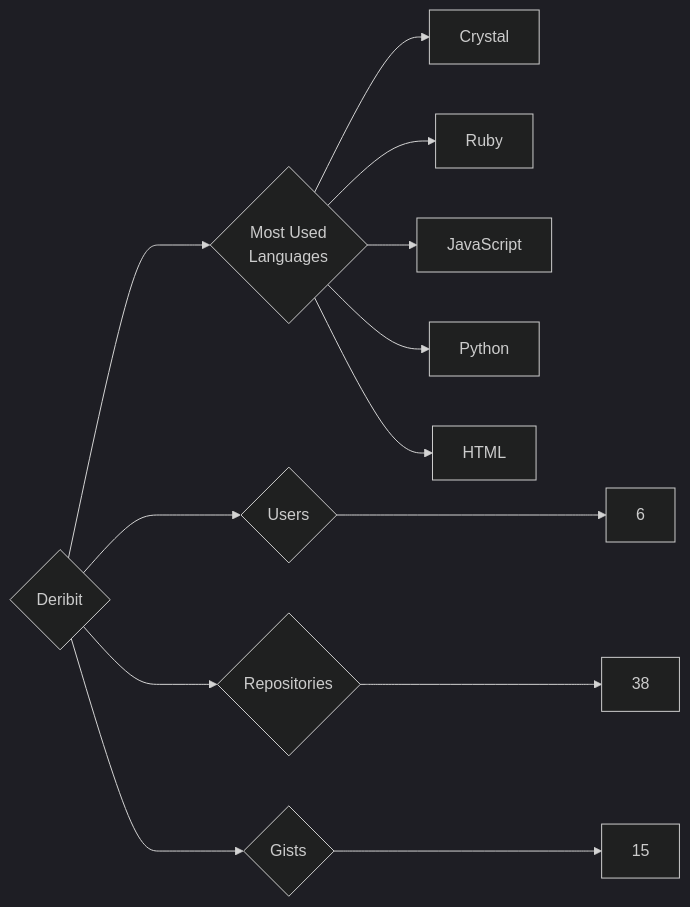
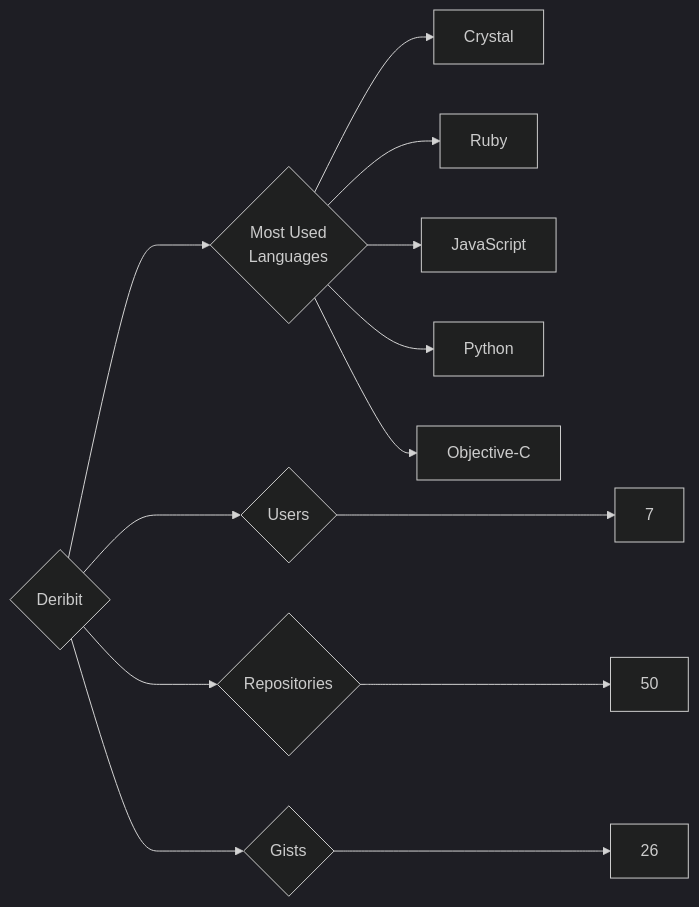
Before and after one commit to trickest/insiders: the diagram in targets/Deribit/README.md, drawn with Mermaid (dark theme). The commit also changed 935 other files, not shown here.

````diff
--- a/targets/Deribit/README.md
+++ b/targets/Deribit/README.md
@@ -3,13 +3,13 @@
 ```mermaid
 graph LR
 COMPANY_NAME{Deribit}
-COMPANY_NAME ---> U{Users} ---> UN[6]
-COMPANY_NAME ---> R{Repositories} ---> RN[38]
-COMPANY_NAME ---> G{Gists} ---> GN[15]
+COMPANY_NAME ---> U{Users} ---> UN[7]
+COMPANY_NAME ---> R{Repositories} ---> RN[50]
+COMPANY_NAME ---> G{Gists} ---> GN[26]
 COMPANY_NAME ---> ML{Most Used<br>Languages}
 ML --> Crystal[Crystal]
 ML --> Ruby[Ruby]
 ML --> JavaScript[JavaScript]
 ML --> Python[Python]
-ML --> HTML[HTML]
+ML --> Objective-C[Objective-C]
 ```
````
